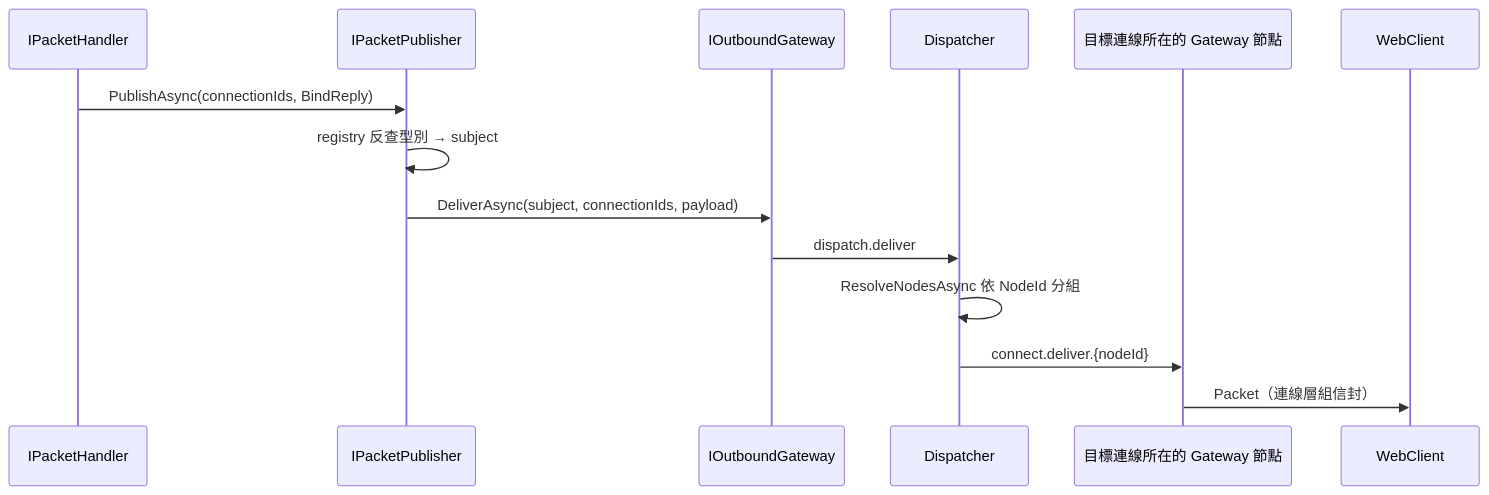
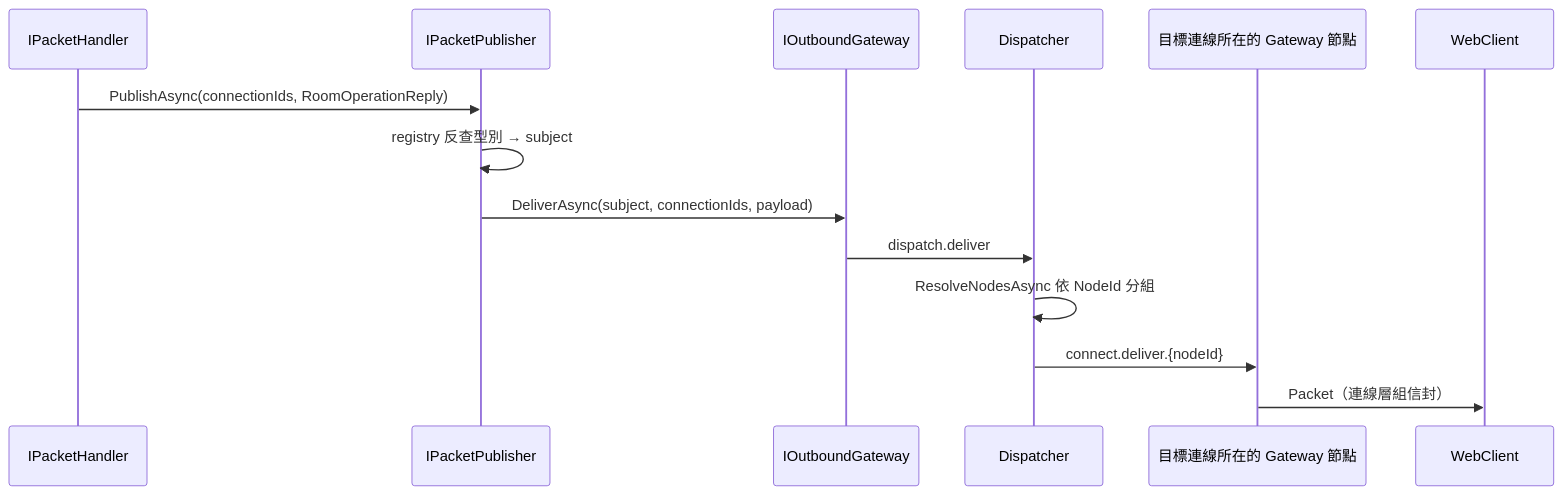
One commit to yggdrasill-dev/ChatSystem changed the third of 4 diagrams in docs/architecture/protocol-layer.md. Above: the diagram before and after it, drawn with Mermaid. The commit also changed other lines of this file and 4 other files, not shown here.

````diff
--- a/docs/architecture/protocol-layer.md
+++ b/docs/architecture/protocol-layer.md
@@ -117,17 +120,17 @@
 ```mermaid
 sequenceDiagram
     participant H as IPacketHandler
     participant PP as IPacketPublisher
     participant OG as IOutboundGateway
     participant DP as Dispatcher
     participant GW as 目標連線所在的 Gateway 節點
     participant WC as WebClient
 
-    H->>PP: PublishAsync(connectionIds, BindReply)
+    H->>PP: PublishAsync(connectionIds, RoomOperationReply)
     PP->>PP: registry 反查型別 → subject
     PP->>OG: DeliverAsync(subject, connectionIds, payload)
     OG->>DP: dispatch.deliver
     DP->>DP: ResolveNodesAsync 依 NodeId 分組
     DP->>GW: connect.deliver.{nodeId}
     GW->>WC: Packet（連線層組信封）
 ```
````
